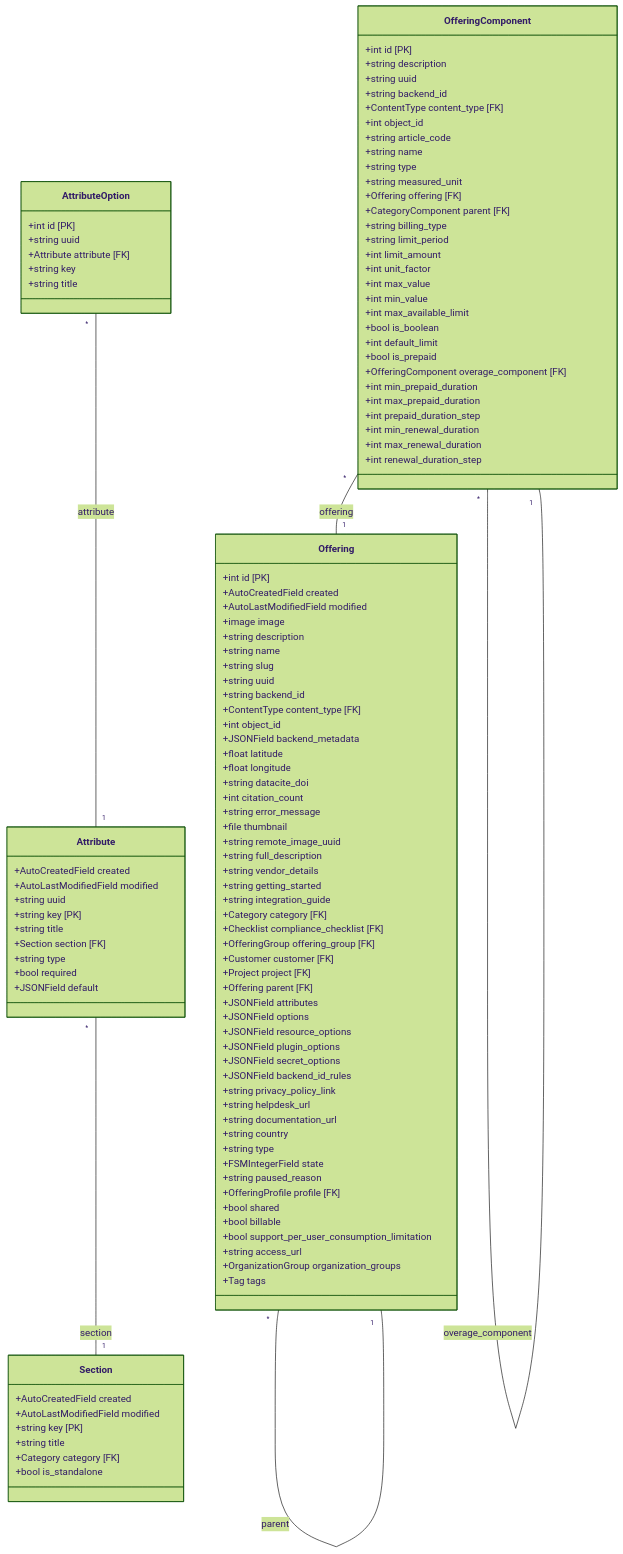
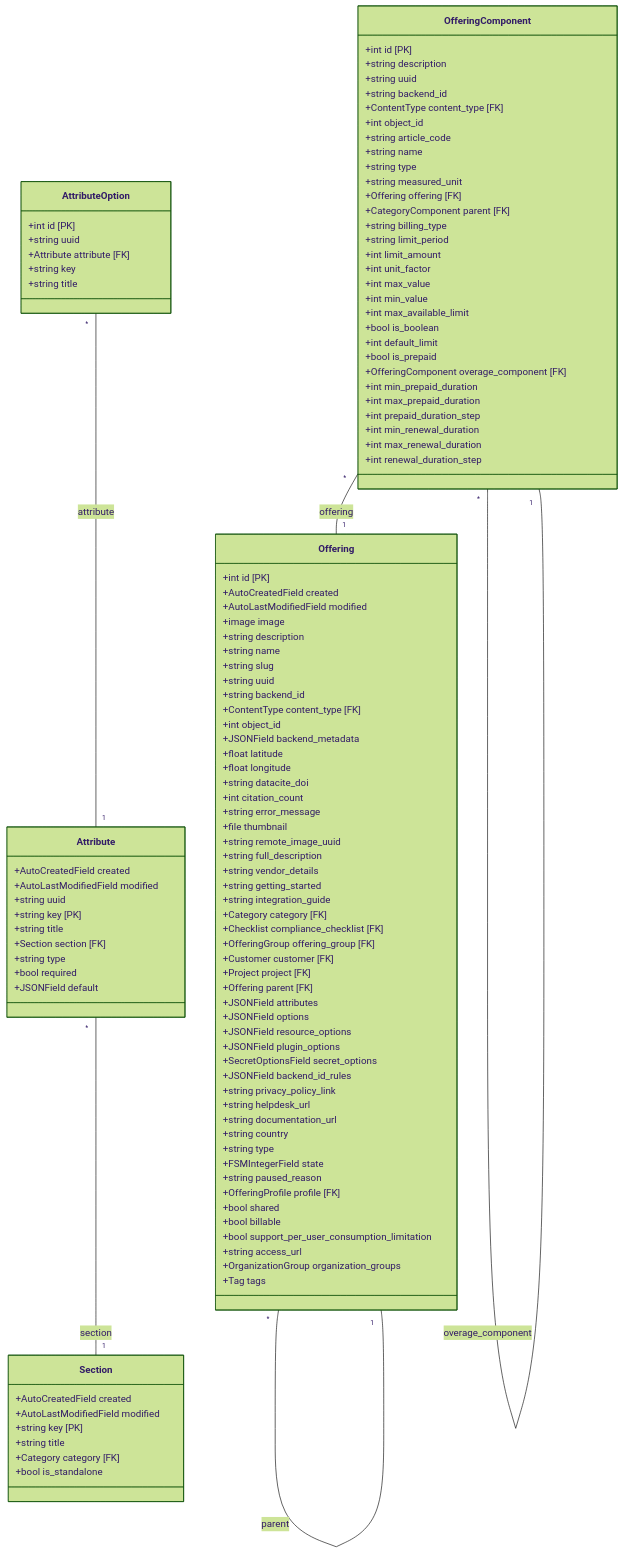
One commit to waldur/waldur-mastermind changed the diagram in docs/marketplace_catalog.mmd. Above: the diagram before and after it, drawn with Mermaid (forest theme). The commit also changed 2 other files, not shown here.

```diff
--- a/docs/marketplace_catalog.mmd
+++ b/docs/marketplace_catalog.mmd
@@ -1,115 +1,115 @@
 classDiagram
     direction TB
     class Section {
         +AutoCreatedField created
         +AutoLastModifiedField modified
         +string key [PK]
         +string title
         +Category category [FK]
         +bool is_standalone
     }
     class Attribute {
         +AutoCreatedField created
         +AutoLastModifiedField modified
         +string uuid
         +string key [PK]
         +string title
         +Section section [FK]
         +string type
         +bool required
         +JSONField default
     }
     class AttributeOption {
         +int id [PK]
         +string uuid
         +Attribute attribute [FK]
         +string key
         +string title
     }
     class Offering {
         +int id [PK]
         +AutoCreatedField created
         +AutoLastModifiedField modified
         +image image
         +string description
         +string name
         +string slug
         +string uuid
         +string backend_id
         +ContentType content_type [FK]
         +int object_id
         +JSONField backend_metadata
         +float latitude
         +float longitude
         +string datacite_doi
         +int citation_count
         +string error_message
         +file thumbnail
         +string remote_image_uuid
         +string full_description
         +string vendor_details
         +string getting_started
         +string integration_guide
         +Category category [FK]
         +Checklist compliance_checklist [FK]
         +OfferingGroup offering_group [FK]
         +Customer customer [FK]
         +Project project [FK]
         +Offering parent [FK]
         +JSONField attributes
         +JSONField options
         +JSONField resource_options
         +JSONField plugin_options
-        +JSONField secret_options
+        +SecretOptionsField secret_options
         +JSONField backend_id_rules
         +string privacy_policy_link
         +string helpdesk_url
         +string documentation_url
         +string country
         +string type
         +FSMIntegerField state
         +string paused_reason
         +OfferingProfile profile [FK]
         +bool shared
         +bool billable
         +bool support_per_user_consumption_limitation
         +string access_url
         +OrganizationGroup organization_groups
         +Tag tags
     }
     class OfferingComponent {
         +int id [PK]
         +string description
         +string uuid
         +string backend_id
         +ContentType content_type [FK]
         +int object_id
         +string article_code
         +string name
         +string type
         +string measured_unit
         +Offering offering [FK]
         +CategoryComponent parent [FK]
         +string billing_type
         +string limit_period
         +int limit_amount
         +int unit_factor
         +int max_value
         +int min_value
         +int max_available_limit
         +bool is_boolean
         +int default_limit
         +bool is_prepaid
         +OfferingComponent overage_component [FK]
         +int min_prepaid_duration
         +int max_prepaid_duration
         +int prepaid_duration_step
         +int min_renewal_duration
         +int max_renewal_duration
         +int renewal_duration_step
     }
     Attribute "*" -- "1" Section : section
     AttributeOption "*" -- "1" Attribute : attribute
     Offering "*" -- "1" Offering : parent
     OfferingComponent "*" -- "1" Offering : offering
     OfferingComponent "*" -- "1" OfferingComponent : overage_component
```
